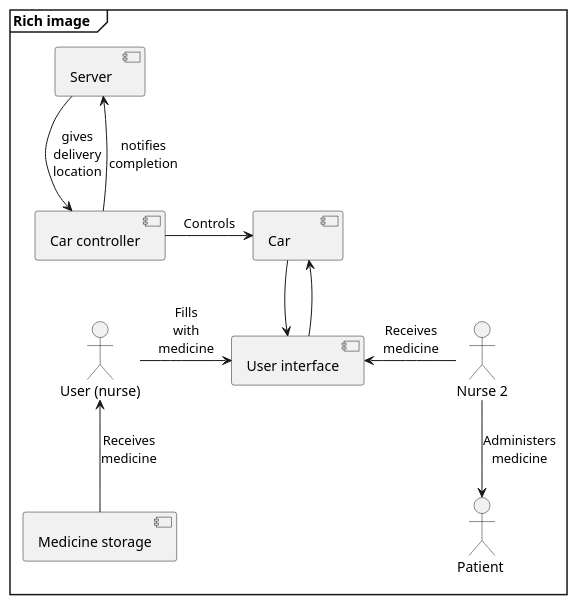
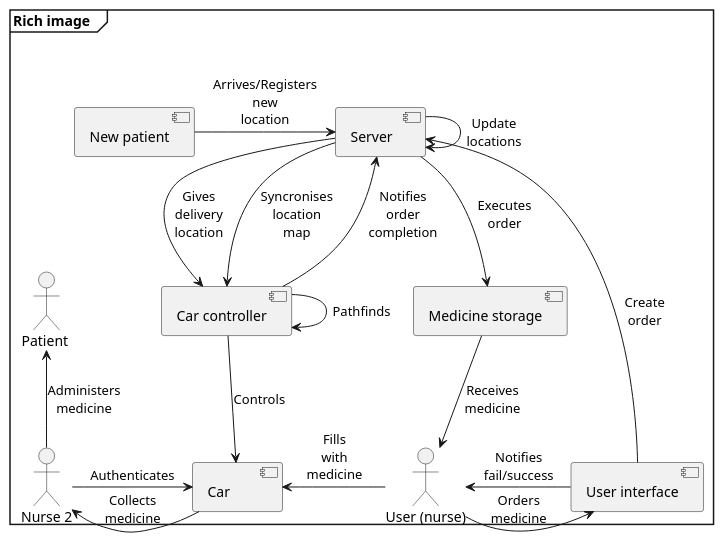
One commit to lineklemensen/PRJ3 changed the diagram in docs/diagrams/Plantuml/Project Concept/projectConcept.puml. Above: the diagram before and after it, drawn with PlantUML.

Commit message:
Add patient arrival scenario

```diff
--- a/docs/diagrams/Plantuml/Project Concept/projectConcept.puml
+++ b/docs/diagrams/Plantuml/Project Concept/projectConcept.puml
@@ -1,29 +1,38 @@
 @startuml Project concept
 mainframe **Rich image\t**
 
 'Alternative fomatting
 'left to right direction
 'skinparam linetype ortho
 skinparam maxmessagesize 50
 skinparam MinClassWidth 50
 
-component Server as srv
-component Car as car
+component "Server" as srv
+component "Car" as car
 component "Car controller" as carCon
 component "Medicine storage" as meds
 component "User interface" as ui
 actor "User (nurse)" as usr
 actor "Nurse 2" as nurse2
-actor Patient as pat
+actor "Patient" as pat
+component "New patient" as pat2
 
-car --> ui
-ui --> car
-nurse2 -l-> ui : Receives medicine
-nurse2 -d-> pat : Administers medicine
-carCon -r-> car : Controls
-meds -u-> usr : Receives medicine
-usr -r-> ui : Fills with medicine
-srv -d-> carCon : gives delivery location
-carCon -u-> srv : notifies completion
+
+car -l-> nurse2 : Collects medicine
+carCon -u-> srv : Notifies order completion
+carCon -d-> car : Controls
+meds -d-> usr : Receives medicine
+nurse2 -r-> car : Authenticates
+nurse2 -u-> pat : Administers medicine
+srv -d-> carCon : Gives delivery location
+srv -d-> meds : Executes order
+ui -l-> usr : Notifies fail/success
+ui -u-> srv : Create order
+usr -l-> car : Fills with medicine
+usr -r-> ui : Orders medicine
+carCon --> carCon : Pathfinds
+pat2 -r-> srv : Arrives/Registers new location
+srv --> srv : Update locations
+srv --> carCon : Syncronises location map
 
 @enduml
```
